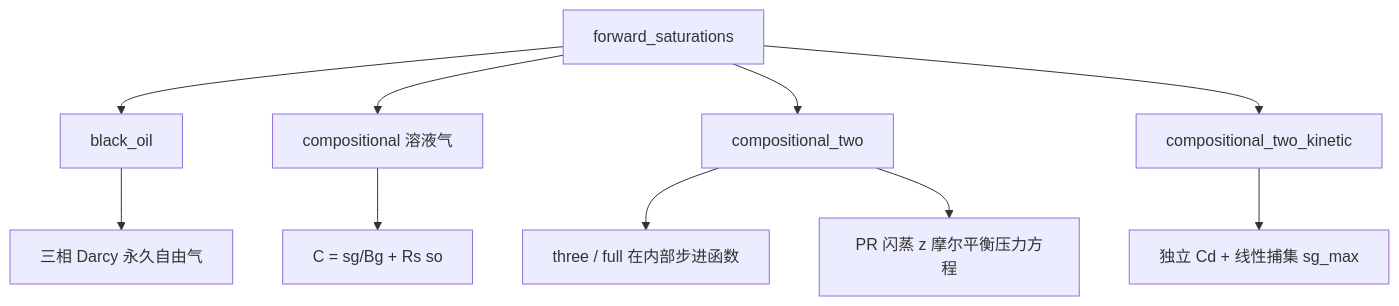
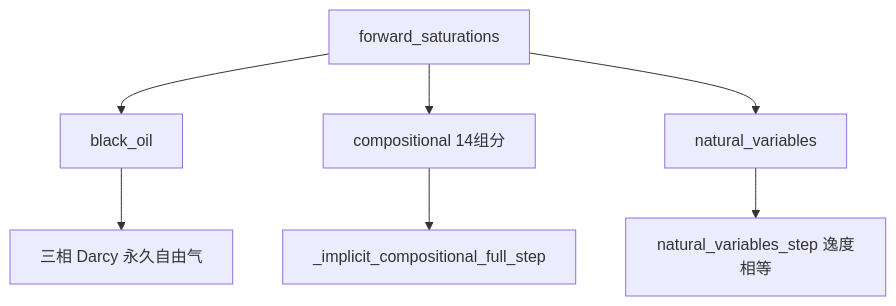
The diagram in docs/原理学习/07-前向模型：从黑油到组分.md (zhihao2020/reservoir_backend), drawn with Mermaid before and after one commit. The commit also changed other lines of this file and 10 other files, not shown here.

````diff
--- a/docs/原理学习/07-前向模型：从黑油到组分.md
+++ b/docs/原理学习/07-前向模型：从黑油到组分.md
@@ -146,13 +149,10 @@
 ```mermaid
 flowchart TD
     fwd[forward_saturations]
     fwd --> bo[black_oil]
-    fwd --> sg[compositional 溶液气]
-    fwd --> two[compositional_two]
-    fwd --> kin[compositional_two_kinetic]
-    two --> three[three / full 在内部步进函数]
+    fwd --> cmp[compositional 14组分]
+    fwd --> nv[natural_variables]
     bo --> boEq["三相 Darcy 永久自由气"]
-    sg --> sgEq["C = sg/Bg + Rs so"]
-    two --> twoEq["PR 闪蒸 z 摩尔平衡压力方程"]
-    kin --> kinEq["独立 Cd + 线性捕集 sg_max"]
+    cmp --> cmpEq["_implicit_compositional_full_step"]
+    nv --> nvEq["natural_variables_step 逸度相等"]
 ```
````
